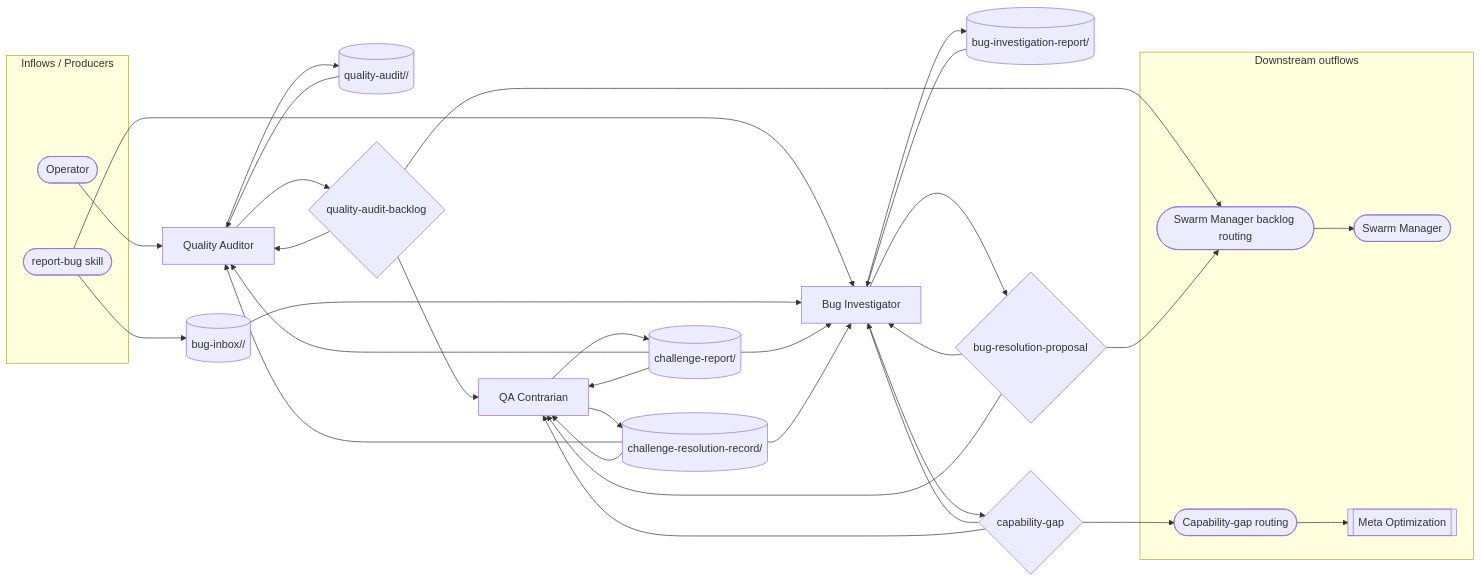
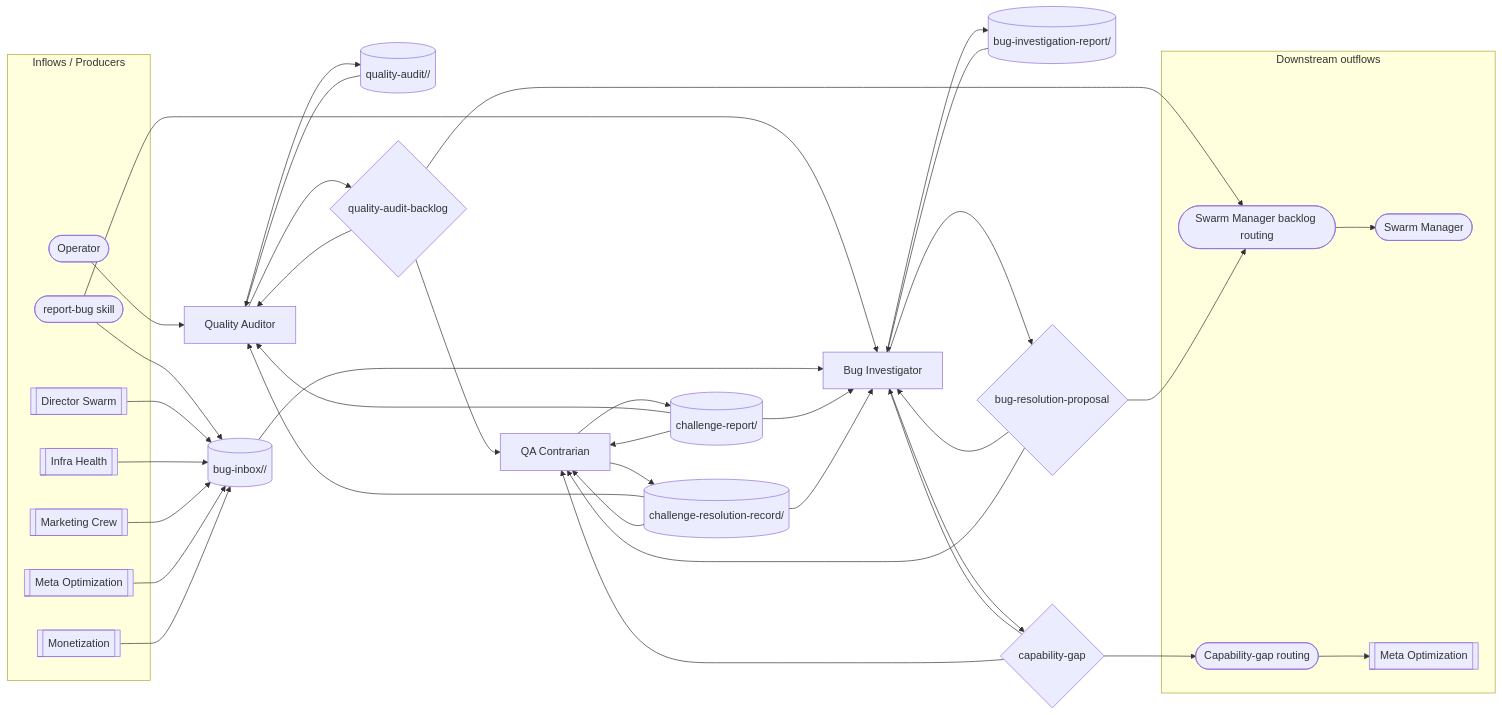
The diagram in docs/scenario-qa/operating/OPERATING_MODEL.md (Vrooli/Vrooli), drawn with Mermaid before and after one commit. The commit also changed other lines of this file and 103 other files, not shown here.

```diff
--- a/docs/scenario-qa/operating/OPERATING_MODEL.md
+++ b/docs/scenario-qa/operating/OPERATING_MODEL.md
@@ -58,6 +62,16 @@
     OP([Operator])
     %% @node RB external:report-bug
     RB([report-bug skill])
+    %% @node DIR team:director-swarm
+    DIR[[Director Swarm]]
+    %% @node INFRA team:infra-health
+    INFRA[[Infra Health]]
+    %% @node MKT team:marketing-crew
+    MKT[[Marketing Crew]]
+    %% @node META_IN team:meta-optimization
+    META_IN[[Meta Optimization]]
+    %% @node MON team:monetization
+    MON[[Monetization]]
   end
 
   %% Members
@@ -110,6 +124,11 @@
 
   %% Bug investigation
   RB --> BUGIN
+  DIR --> BUGIN
+  INFRA --> BUGIN
+  MKT --> BUGIN
+  META_IN --> BUGIN
+  MON --> BUGIN
   RB --> BI
   BUGIN --> BI
   BUGREP --> BI
```
